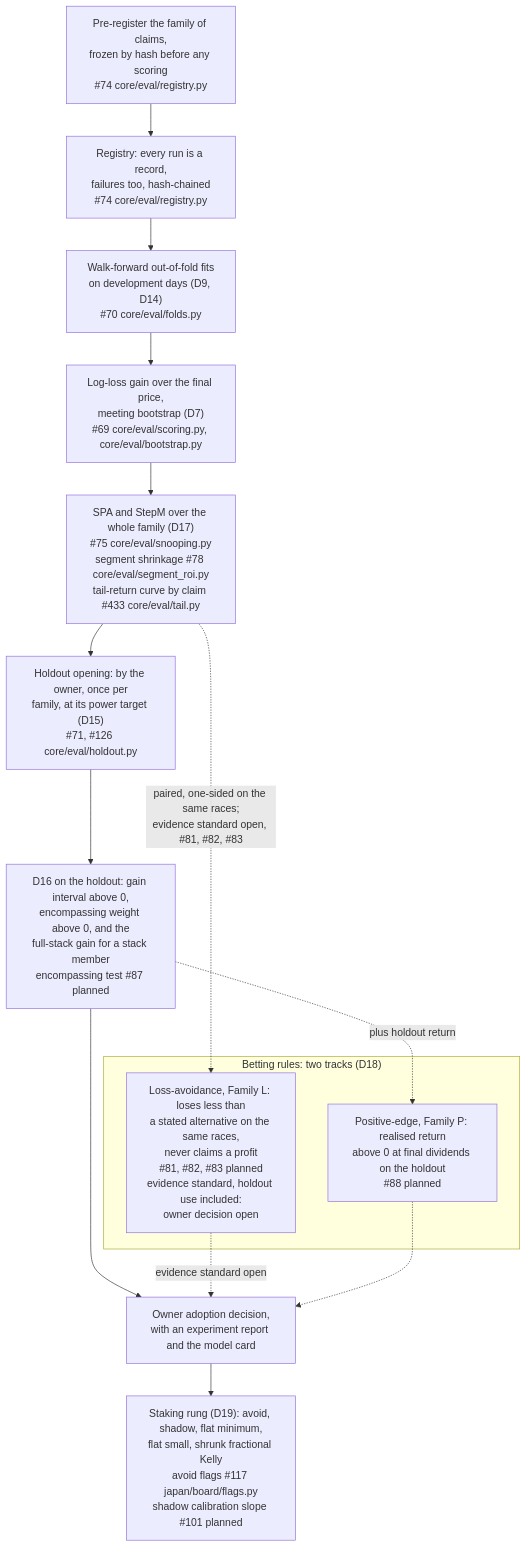
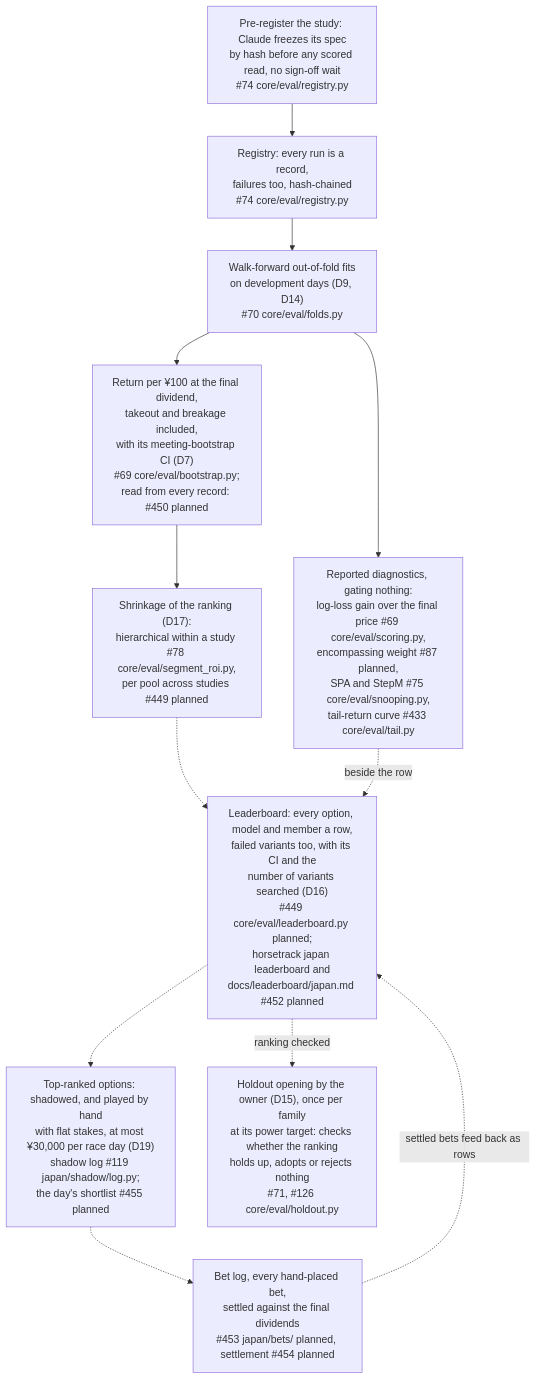
One commit to rjeskuri/HorseTrackBetting changed the fifth of 6 diagrams in docs/modeling.md. Above: the diagram before and after it, drawn with Mermaid. The commit also changed other lines of this file and 4 other files, not shown here.

````diff
--- a/docs/modeling.md
+++ b/docs/modeling.md
@@ -215,28 +217,24 @@
 ```mermaid
 flowchart TD
-    PRE["Pre-register the family of claims,<br/>frozen by hash before any scoring<br/>#74 core/eval/registry.py"]
+    PRE["Pre-register the study: Claude freezes its spec<br/>by hash before any scored read, no sign-off wait<br/>#74 core/eval/registry.py"]
     REG["Registry: every run is a record,<br/>failures too, hash-chained<br/>#74 core/eval/registry.py"]
     OOF["Walk-forward out-of-fold fits<br/>on development days (D9, D14)<br/>#70 core/eval/folds.py"]
-    BOOT["Log-loss gain over the final price,<br/>meeting bootstrap (D7)<br/>#69 core/eval/scoring.py, core/eval/bootstrap.py"]
-    SNOOP["SPA and StepM over the whole family (D17)<br/>#75 core/eval/snooping.py<br/>segment shrinkage #78 core/eval/segment_roi.py<br/>tail-return curve by claim #433 core/eval/tail.py"]
-    HOLD["Holdout opening: by the owner, once per<br/>family, at its power target (D15)<br/>#71, #126 core/eval/holdout.py"]
-    D16["D16 on the holdout: gain interval above 0,<br/>encompassing weight above 0, and the<br/>full-stack gain for a stack member<br/>encompassing test #87 planned"]
-    subgraph TRACKS["Betting rules: two tracks (D18)"]
-        LA["Loss-avoidance, Family L: loses less than<br/>a stated alternative on the same races,<br/>never claims a profit<br/>#81, #82, #83 planned<br/>evidence standard, holdout use included:<br/>owner decision open"]
-        PE["Positive-edge, Family P: realised return<br/>above 0 at final dividends on the holdout<br/>#88 planned"]
-    end
-    OWN["Owner adoption decision,<br/>with an experiment report and the model card"]
-    RUNG["Staking rung (D19): avoid, shadow, flat minimum,<br/>flat small, shrunk fractional Kelly<br/>avoid flags #117 japan/board/flags.py<br/>shadow calibration slope #101 planned"]
+    RET["Return per ¥100 at the final dividend,<br/>takeout and breakage included,<br/>with its meeting-bootstrap CI (D7)<br/>#69 core/eval/bootstrap.py;<br/>read from every record: #450 planned"]
+    SHRINK["Shrinkage of the ranking (D17):<br/>hierarchical within a study #78 core/eval/segment_roi.py,<br/>per pool across studies #449 planned"]
+    LB["Leaderboard: every option, model and member a row,<br/>failed variants too, with its CI and the<br/>number of variants searched (D16)<br/>#449 core/eval/leaderboard.py planned;<br/>horsetrack japan leaderboard and<br/>docs/leaderboard/japan.md #452 planned"]
+    PLAY["Top-ranked options: shadowed, and played by hand<br/>with flat stakes, at most ¥30,000 per race day (D19)<br/>shadow log #119 japan/shadow/log.py;<br/>the day's shortlist #455 planned"]
+    BETS["Bet log, every hand-placed bet,<br/>settled against the final dividends<br/>#453 japan/bets/ planned, settlement #454 planned"]
+    HOLD["Holdout opening by the owner (D15), once per family<br/>at its power target: checks whether the ranking<br/>holds up, adopts or rejects nothing<br/>#71, #126 core/eval/holdout.py"]
+    DIAG["Reported diagnostics, gating nothing:<br/>log-loss gain over the final price #69 core/eval/scoring.py,<br/>encompassing weight #87 planned,<br/>SPA and StepM #75 core/eval/snooping.py,<br/>tail-return curve #433 core/eval/tail.py"]
     PRE --> REG
     REG --> OOF
-    OOF --> BOOT
-    BOOT --> SNOOP
-    SNOOP --> HOLD
-    SNOOP -.->|"paired, one-sided on the same races;<br/>evidence standard open, #81, #82, #83"| LA
-    HOLD --> D16
-    D16 -.->|"plus holdout return"| PE
-    D16 --> OWN
-    LA -.->|"evidence standard open"| OWN
-    PE -.-> OWN
-    OWN --> RUNG
+    OOF --> RET
+    OOF --> DIAG
+    RET --> SHRINK
+    SHRINK -.-> LB
+    DIAG -.->|"beside the row"| LB
+    LB -.-> PLAY
+    PLAY -.-> BETS
+    BETS -.->|"settled bets feed back as rows"| LB
+    LB -.->|"ranking checked"| HOLD
 ```
````
